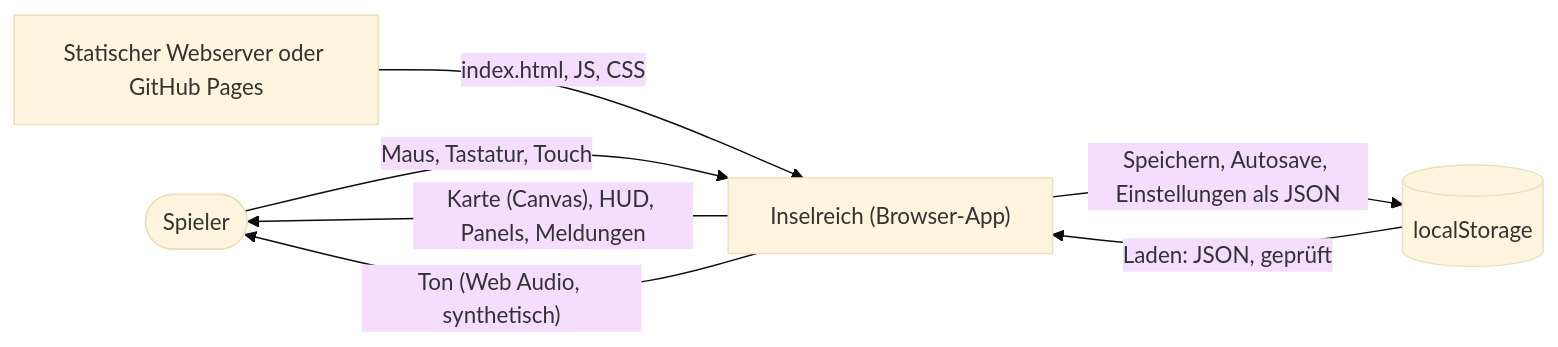
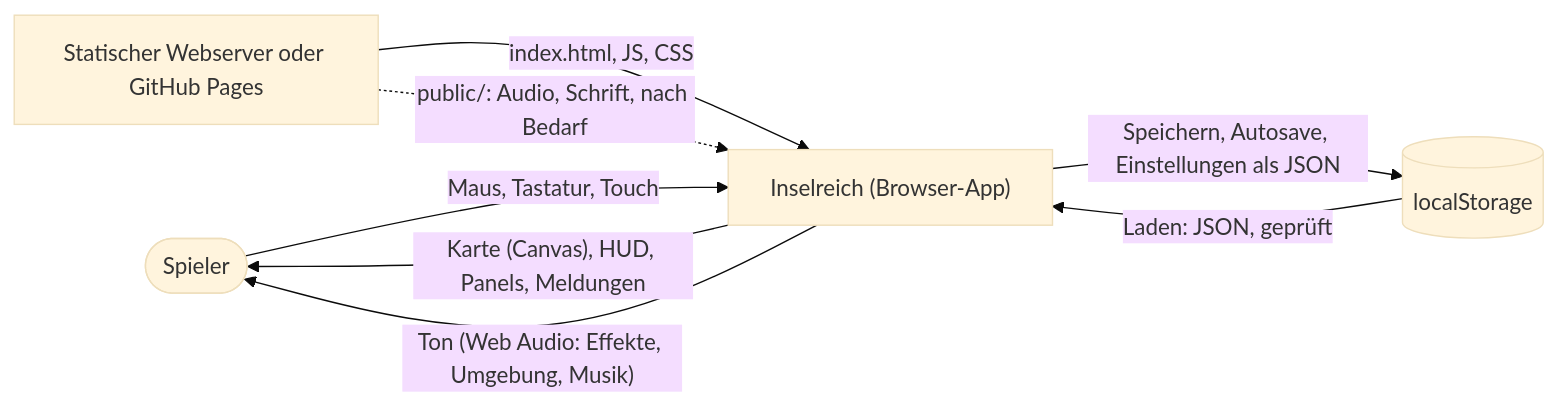
Before and after one commit to konstantinniedermann/Inselreich: the first of 8 diagrams in docs/arc42.md, drawn with Mermaid (base theme). The commit also changed other lines of this file and 2 other files, not shown here.

````diff
--- a/docs/arc42.md
+++ b/docs/arc42.md
@@ -52,13 +63,14 @@
 ```mermaid
 flowchart LR
   Spieler([Spieler])
   App["Inselreich (Browser-App)"]
   LS[("localStorage")]
   Host["Statischer Webserver oder GitHub Pages"]
   Spieler -->|"Maus, Tastatur, Touch"| App
   App -->|"Karte (Canvas), HUD, Panels, Meldungen"| Spieler
-  App -->|"Ton (Web Audio, synthetisch)"| Spieler
+  App -->|"Ton (Web Audio: Effekte, Umgebung, Musik)"| Spieler
   App -->|"Speichern, Autosave, Einstellungen als JSON"| LS
   LS -->|"Laden: JSON, geprüft"| App
   Host -->|"index.html, JS, CSS"| App
+  Host -.->|"public/: Audio, Schrift, nach Bedarf"| App
 ```
````
